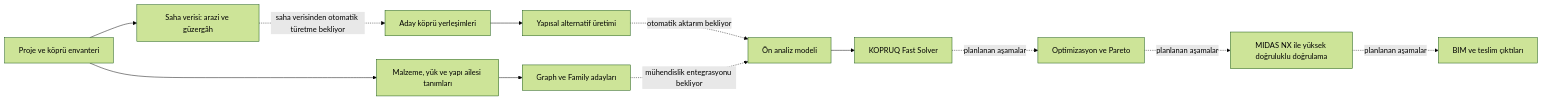
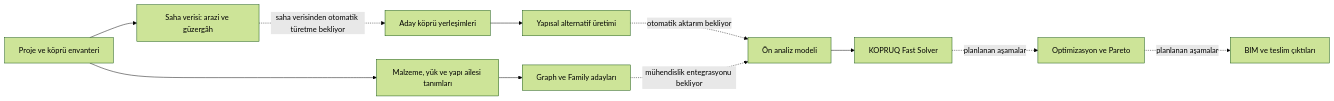
The first of 5 diagrams in README.md (zharput/KOPRUQ), drawn with Mermaid (forest theme) before and after one commit. The commit also changed other lines of this file and 50 other files, not shown here.

````diff
--- a/README.md
+++ b/README.md
@@ -22,14 +22,13 @@
 ```mermaid
 flowchart LR
     P[Proje ve köprü envanteri] --> S[Saha verisi: arazi ve güzergâh]
     S -. saha verisinden otomatik türetme bekliyor .-> L[Aday köprü yerleşimleri]
     L --> A[Yapısal alternatif üretimi]
     P --> F[Malzeme, yük ve yapı ailesi tanımları]
     F --> G[Graph ve Family adayları]
     A -. otomatik aktarım bekliyor .-> M[Ön analiz modeli]
     G -. mühendislik entegrasyonu bekliyor .-> M
     M --> N[KOPRUQ Fast Solver]
     N -. planlanan aşamalar .-> O[Optimizasyon ve Pareto]
-    O -. planlanan aşamalar .-> V[MIDAS NX ile yüksek doğruluklu doğrulama]
-    V -. planlanan aşamalar .-> D[BIM ve teslim çıktıları]
+    O -. planlanan aşamalar .-> D[BIM ve teslim çıktıları]
 ```
````
